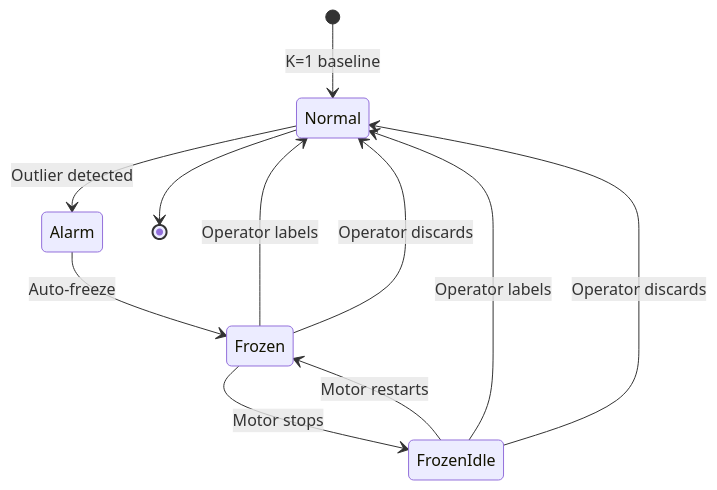
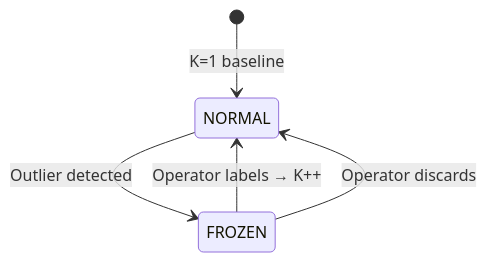
The second of 3 diagrams in README.md (leekaize/tinyol-hitl), drawn with Mermaid before and after one commit. The commit also changed other lines of this file and 17 other files, not shown here.

````diff
--- a/README.md
+++ b/README.md
@@ -95,17 +29,7 @@
 ```mermaid
 stateDiagram-v2
-    [*] --> Normal: K=1 baseline
-    Normal --> Alarm: Outlier detected
-    Alarm --> Frozen: Auto-freeze
-
-    Frozen --> FrozenIdle: Motor stops
-    FrozenIdle --> Frozen: Motor restarts
-
-    Frozen --> Normal: Operator labels
-    FrozenIdle --> Normal: Operator labels
-
-    Frozen --> Normal: Operator discards
-    FrozenIdle --> Normal: Operator discards
-
-    Normal --> [*]
+    [*] --> NORMAL: K=1 baseline
+    NORMAL --> FROZEN: Outlier detected
+    FROZEN --> NORMAL: Operator labels → K++
+    FROZEN --> NORMAL: Operator discards
 ```
````
